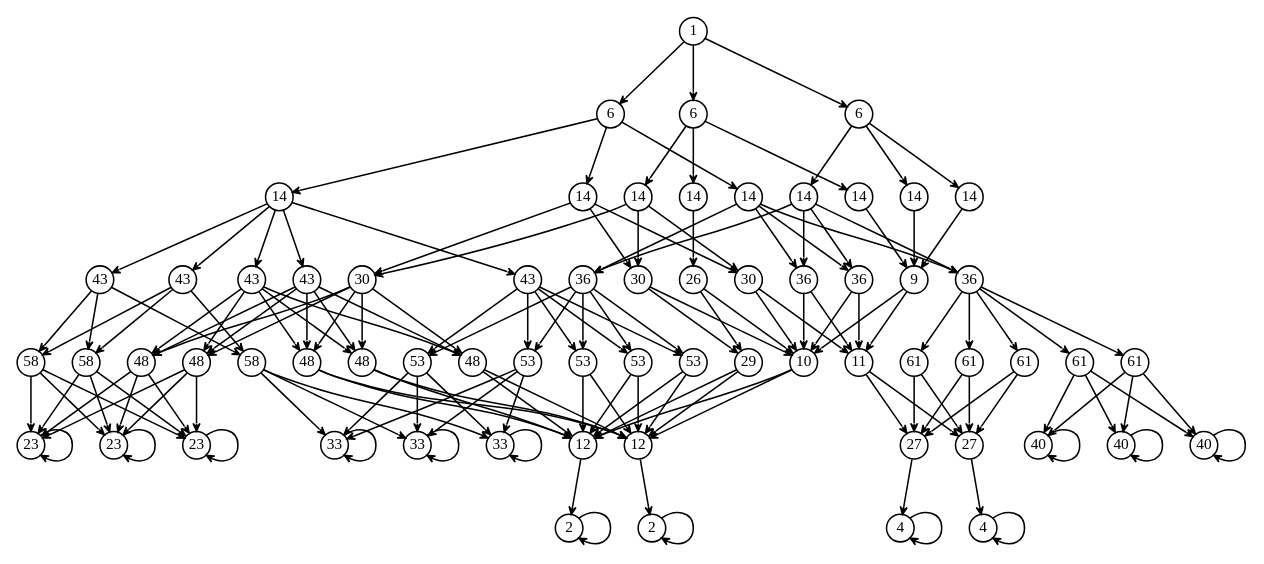
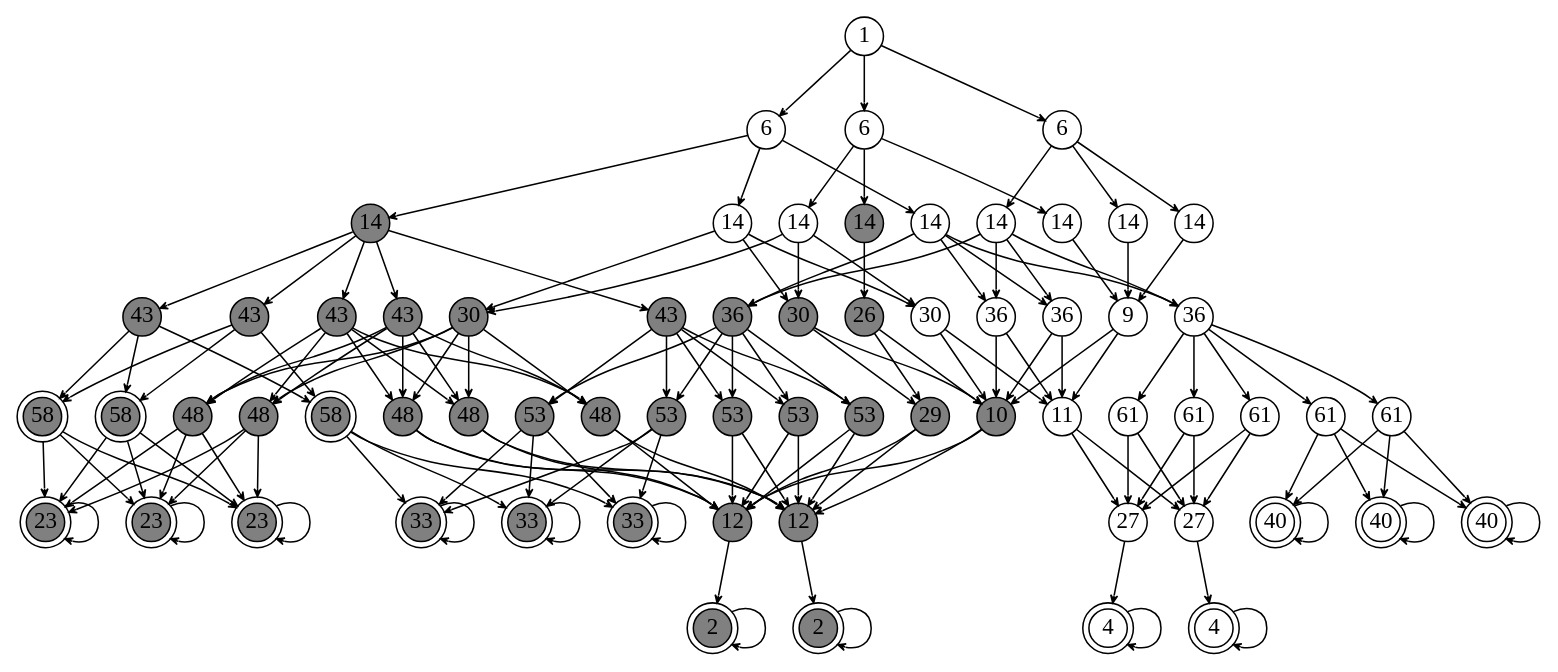
One commit to kphongph/repo_ttu changed the diagram in attack_graph/result/attack_graph_org.dot. Above: the diagram before and after it, drawn with Graphviz. The commit also changed 9 other files, not shown here.

Commit message:
new graphs

```diff
--- a/attack_graph/result/attack_graph_org.dot
+++ b/attack_graph/result/attack_graph_org.dot
@@ -1,71 +1,72 @@
 digraph G {
-  node [shape=circle,width=.25,height=.25,fixedsize=true,fontsize=10];
+  node [shape=circle,width=.35,height=.35,fixedsize=true,
+     fontname="Palatino",fontsize=15];
   edge [arrowhead="vee",arrowsize=.5];
   s0 [label="1"];
   s1 [label="6"];
   s2 [label="6"];
   s3 [label="6"];
-  s4 [label="14"];
+  s4 [label="14",style=filled, fillcolor=gray];
   s5 [label="14"];
   s6 [label="14"];
-  s7 [label="14"];
+  s7 [label="14",style=filled, fillcolor=gray];
   s8 [label="14"];
   s9 [label="14"];
   s10 [label="14"];
   s11 [label="14"];
   s12 [label="14"];
-  s13 [label="43"];
-  s14 [label="43"];
-  s15 [label="43"];
-  s16 [label="43"];
-  s17 [label="30"];
-  s18 [label="43"];
-  s19 [label="36"];
-  s20 [label="30"];
-  s21 [label="26"];
+  s13 [label="43",style=filled, fillcolor=gray];
+  s14 [label="43",style=filled, fillcolor=gray];
+  s15 [label="43",style=filled, fillcolor=gray];
+  s16 [label="43",style=filled, fillcolor=gray];
+  s17 [label="30",style=filled, fillcolor=gray];
+  s18 [label="43",style=filled, fillcolor=gray];
+  s19 [label="36",style=filled, fillcolor=gray];
+  s20 [label="30",style=filled, fillcolor=gray];
+  s21 [label="26",style=filled, fillcolor=gray];
   s22 [label="30"];
   s23 [label="36"];
   s24 [label="36"];
   s25 [label="9"];
   s26 [label="36"];
-  s27 [label="58"];
-  s28 [label="58"];
-  s29 [label="48"];
-  s30 [label="48"];
-  s31 [label="58"];
-  s32 [label="53"];
-  s33 [label="53"];
-  s34 [label="48"];
-  s35 [label="48"];
-  s36 [label="48"];
-  s37 [label="53"];
-  s38 [label="53"];
-  s39 [label="53"];
-  s40 [label="29"];
-  s41 [label="10"];
+  s27 [label="58", peripheries=2, style=filled, fillcolor=gray];
+  s28 [label="58", peripheries=2, style=filled, fillcolor=gray];
+  s29 [label="48",style=filled, fillcolor=gray];
+  s30 [label="48",style=filled, fillcolor=gray]; 
+  s31 [label="58", peripheries=2, style=filled, fillcolor=gray];
+  s32 [label="53",style=filled, fillcolor=gray];
+  s33 [label="53",style=filled, fillcolor=gray];
+  s34 [label="48",style=filled, fillcolor=gray];
+  s35 [label="48",style=filled, fillcolor=gray];
+  s36 [label="48",style=filled, fillcolor=gray];
+  s37 [label="53",style=filled, fillcolor=gray];
+  s38 [label="53",style=filled, fillcolor=gray];
+  s39 [label="53",style=filled, fillcolor=gray];
+  s40 [label="29",style=filled, fillcolor=gray];
+  s41 [label="10",style=filled, fillcolor=gray];
   s42 [label="61"];
   s43 [label="61"];
   s44 [label="11"];
   s45 [label="61"];
   s46 [label="61"];
   s47 [label="61"];
-  s48 [label="23"];
-  s49 [label="23"];
-  s50 [label="23"];
-  s51 [label="33"];
-  s52 [label="33"];
-  s53 [label="33"];
-  s54 [label="12"];
-  s55 [label="12"];
-  s56 [label="40"];
-  s57 [label="40"];
-  s58 [label="40"];
+  s48 [label="23",peripheries=2,style=filled, fillcolor=gray];
+  s49 [label="23",peripheries=2,style=filled, fillcolor=gray]; 
+  s50 [label="23",peripheries=2,style=filled, fillcolor=gray];
+  s51 [label="33",peripheries=2,style=filled, fillcolor=gray];
+  s52 [label="33",peripheries=2,style=filled, fillcolor=gray];
+  s53 [label="33",peripheries=2,style=filled, fillcolor=gray];
+  s54 [label="12",style=filled, fillcolor=gray];
+  s55 [label="12",style=filled, fillcolor=gray];
+  s56 [label="40",peripheries=2];
+  s57 [label="40",peripheries=2];
+  s58 [label="40",peripheries=2];
   s59 [label="27"];
   s60 [label="27"];
-  s61 [label="2"];
-  s62 [label="2"];
-  s63 [label="4"];
-  s64 [label="4"];
+  s61 [label="2",peripheries=2,style=filled, fillcolor=gray];
+  s62 [label="2",peripheries=2,style=filled, fillcolor=gray];
+  s63 [label="4",peripheries=2];
+  s64 [label="4",peripheries=2];
   s0 -> s1 [color="black"];
   s0 -> s2 [color="black"];
   s0 -> s3 [color="black"];
```
